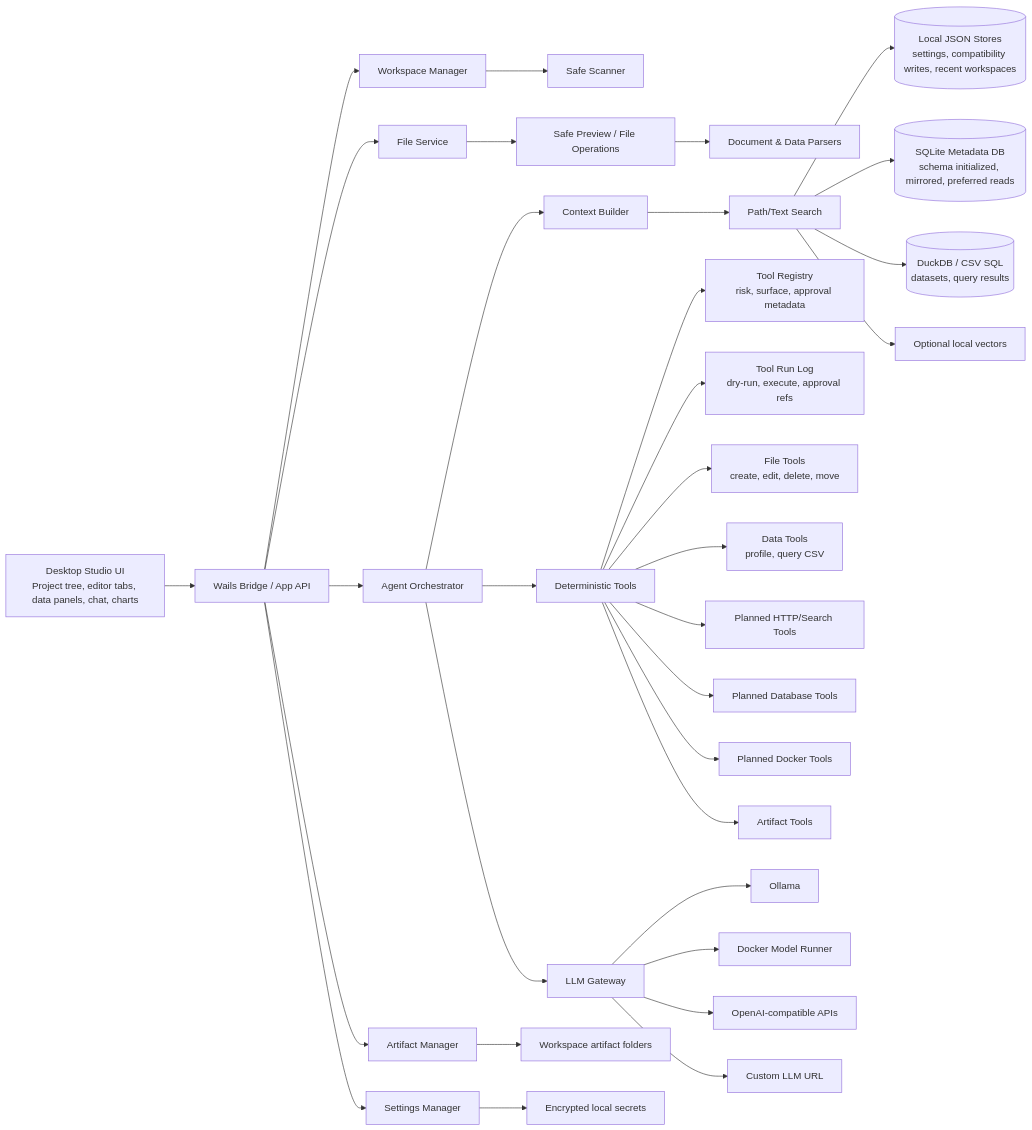
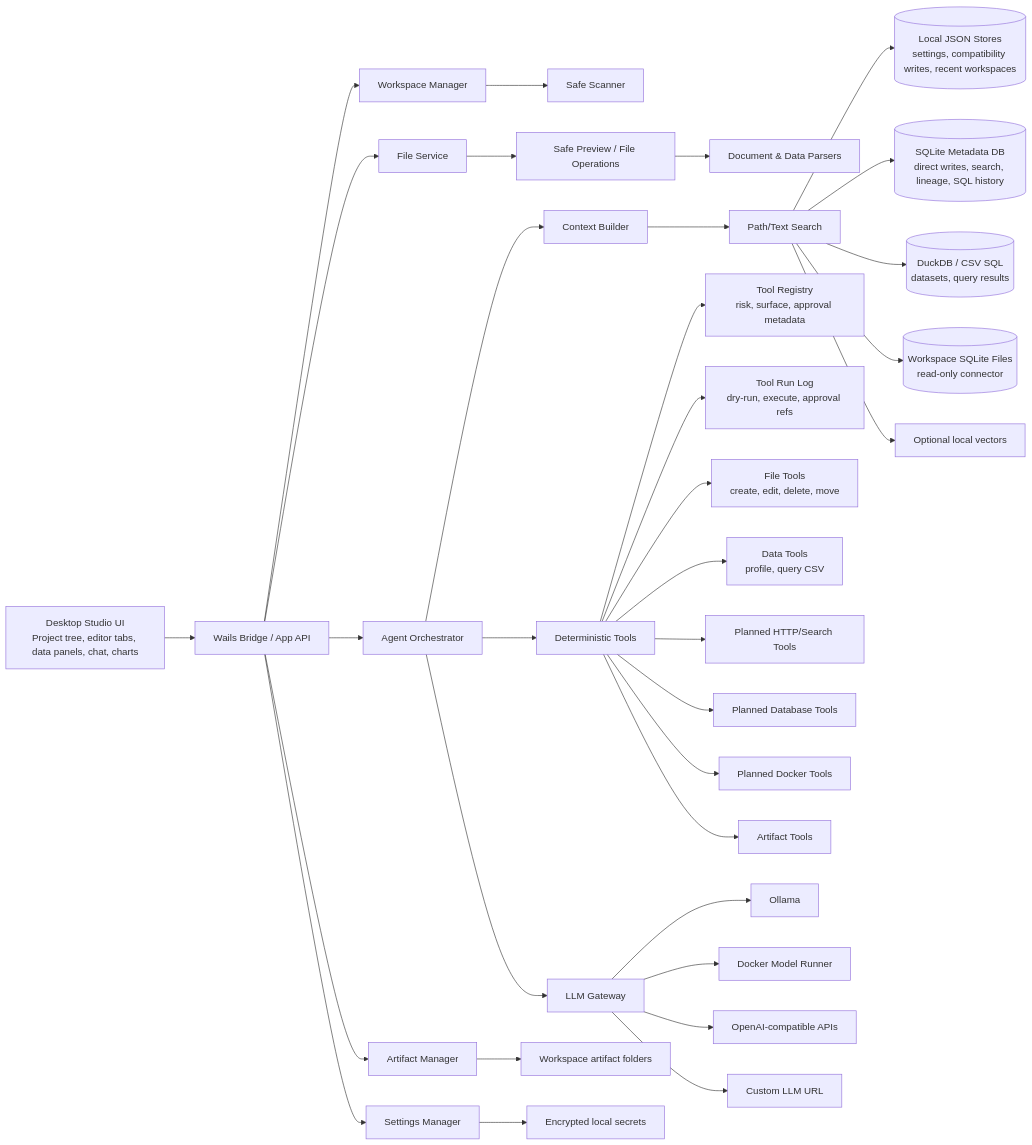
Before and after one commit to RCooLeR/NexusDesk: the diagram in docs/02_ARCHITECTURE.md, drawn with Mermaid. The commit also changed other lines of this file and 27 other files, not shown here.

````diff
--- a/docs/02_ARCHITECTURE.md
+++ b/docs/02_ARCHITECTURE.md
@@ -49,41 +51,42 @@
 ```mermaid
 flowchart LR
   UI["Desktop Studio UI<br/>Project tree, editor tabs, data panels, chat, charts"] --> Bridge["Wails Bridge / App API"]
 
   Bridge --> Workspace["Workspace Manager"]
   Bridge --> Files["File Service"]
   Bridge --> Agent["Agent Orchestrator"]
   Bridge --> Artifacts["Artifact Manager"]
   Bridge --> Settings["Settings Manager"]
 
   Workspace --> Scanner["Safe Scanner"]
   Files --> Previewer["Safe Preview / File Operations"]
   Previewer --> Parsers["Document & Data Parsers"]
 
   Agent --> Context["Context Builder"]
   Agent --> Tools["Deterministic Tools"]
   Agent --> LLM["LLM Gateway"]
 
   Context --> Search["Path/Text Search"]
   Search --> JsonStores[("Local JSON Stores<br/>settings, compatibility writes, recent workspaces")]
-  Search --> AppDB[("SQLite Metadata DB<br/>schema initialized, mirrored, preferred reads")]
+  Search --> AppDB[("SQLite Metadata DB<br/>direct writes, search, lineage, SQL history")]
   Search --> AnalyticsDB[("DuckDB / CSV SQL<br/>datasets, query results")]
+  Search --> SQLiteFiles[("Workspace SQLite Files<br/>read-only connector")]
   Search --> FutureVectorStore["Optional local vectors"]
 
   Tools --> Registry["Tool Registry<br/>risk, surface, approval metadata"]
   Tools --> ToolRuns["Tool Run Log<br/>dry-run, execute, approval refs"]
   Tools --> FileTools["File Tools<br/>create, edit, delete, move"]
   Tools --> DataTools["Data Tools<br/>profile, query CSV"]
   Tools --> FutureWebTools["Planned HTTP/Search Tools"]
   Tools --> FutureDBTools["Planned Database Tools"]
   Tools --> FutureDockerTools["Planned Docker Tools"]
   Tools --> ArtifactTools["Artifact Tools"]
 
   LLM --> Ollama["Ollama"]
   LLM --> DockerModelRunner["Docker Model Runner"]
   LLM --> OpenAICompat["OpenAI-compatible APIs"]
   LLM --> CustomGateway["Custom LLM URL"]
 
   Artifacts --> WorkspaceFiles["Workspace artifact folders"]
   Settings --> Secrets["Encrypted local secrets"]
 ```
````
